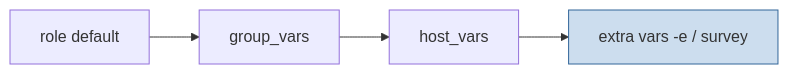
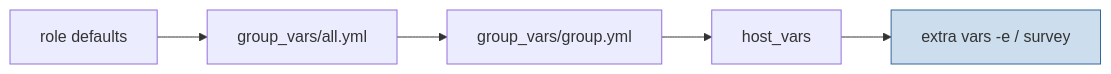
Before and after one commit to Ansible-workshop-ch/bootcamp: the second of 2 diagrams in module04/variables-and-facts.md, drawn with Mermaid. The commit also changed other lines of this file, not shown here.

````diff
--- a/module04/variables-and-facts.md
+++ b/module04/variables-and-facts.md
@@ -155,5 +199,5 @@
 ```mermaid
 flowchart LR
-    D[role default] --> G[group_vars] --> H[host_vars] --> E[extra vars -e / survey]
+    D[role defaults] --> A[group_vars/all.yml] --> G[group_vars/group.yml] --> H[host_vars] --> E[extra vars -e / survey]
     style E fill:#cde,stroke:#369
 ```
````
